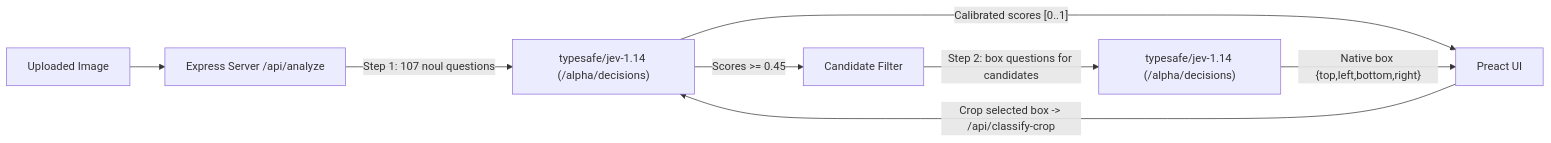
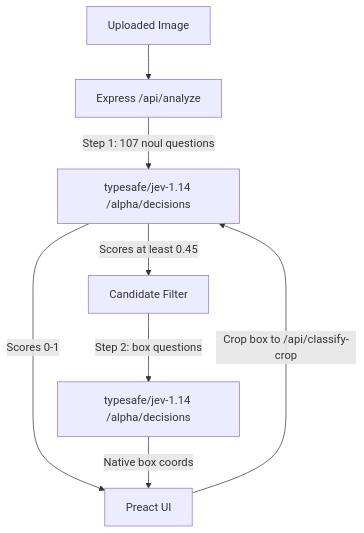
Before and after one commit to tdk67/decision-model-image: the second of 2 diagrams in README.md, drawn with Mermaid. The commit also changed other lines of this file, not shown here.

Commit message:
improving README

````diff
--- a/README.md
+++ b/README.md
@@ -46,10 +48,10 @@
 ```mermaid
-flowchart LR
-    Img["Uploaded Image"] --> API["Express Server /api/analyze"]
-    API -->|"Step 1: 107 noul questions"| Jev1["typesafe/jev-1.14 (/alpha/decisions)"]
-    Jev1 -->|"Scores >= 0.45"| Filter["Candidate Filter"]
-    Filter -->|"Step 2: box questions for candidates"| Jev2["typesafe/jev-1.14 (/alpha/decisions)"]
-    Jev1 -->|"Calibrated scores [0..1]"| UI["Preact UI"]
-    Jev2 -->|"Native box {top,left,bottom,right}"| UI
-    UI -->|"Crop selected box -> /api/classify-crop"| Jev1
+flowchart TD
+    Img["Uploaded Image"] --> API["Express /api/analyze"]
+    API -->|"Step 1: 107 noul questions"| Jev1["typesafe/jev-1.14 /alpha/decisions"]
+    Jev1 -->|"Scores at least 0.45"| Filter["Candidate Filter"]
+    Jev1 -->|"Scores 0-1"| UI["Preact UI"]
+    Filter -->|"Step 2: box questions"| Jev2["typesafe/jev-1.14 /alpha/decisions"]
+    Jev2 -->|"Native box coords"| UI
+    UI -->|"Crop box to /api/classify-crop"| Jev1
 ```
````
